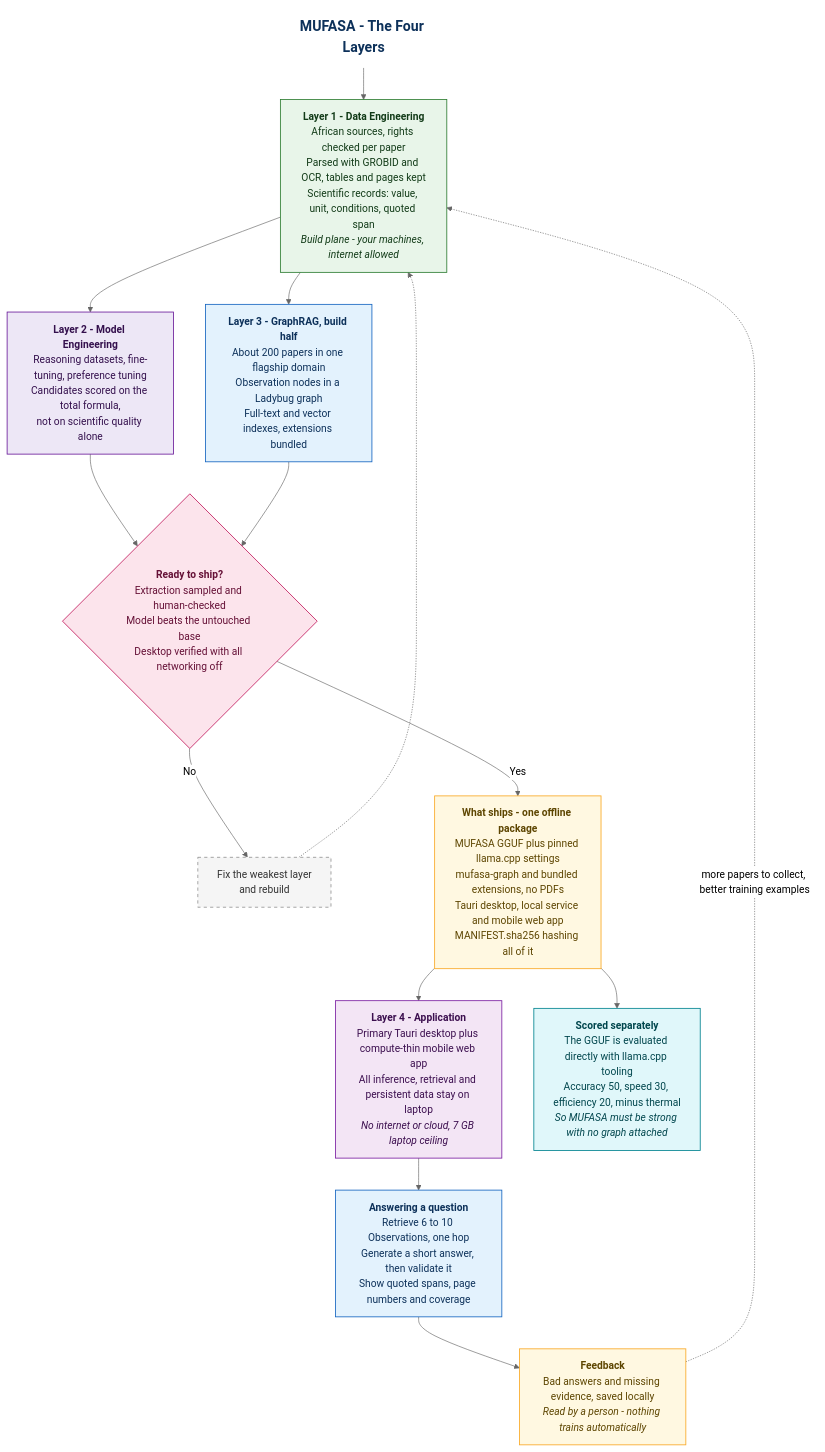
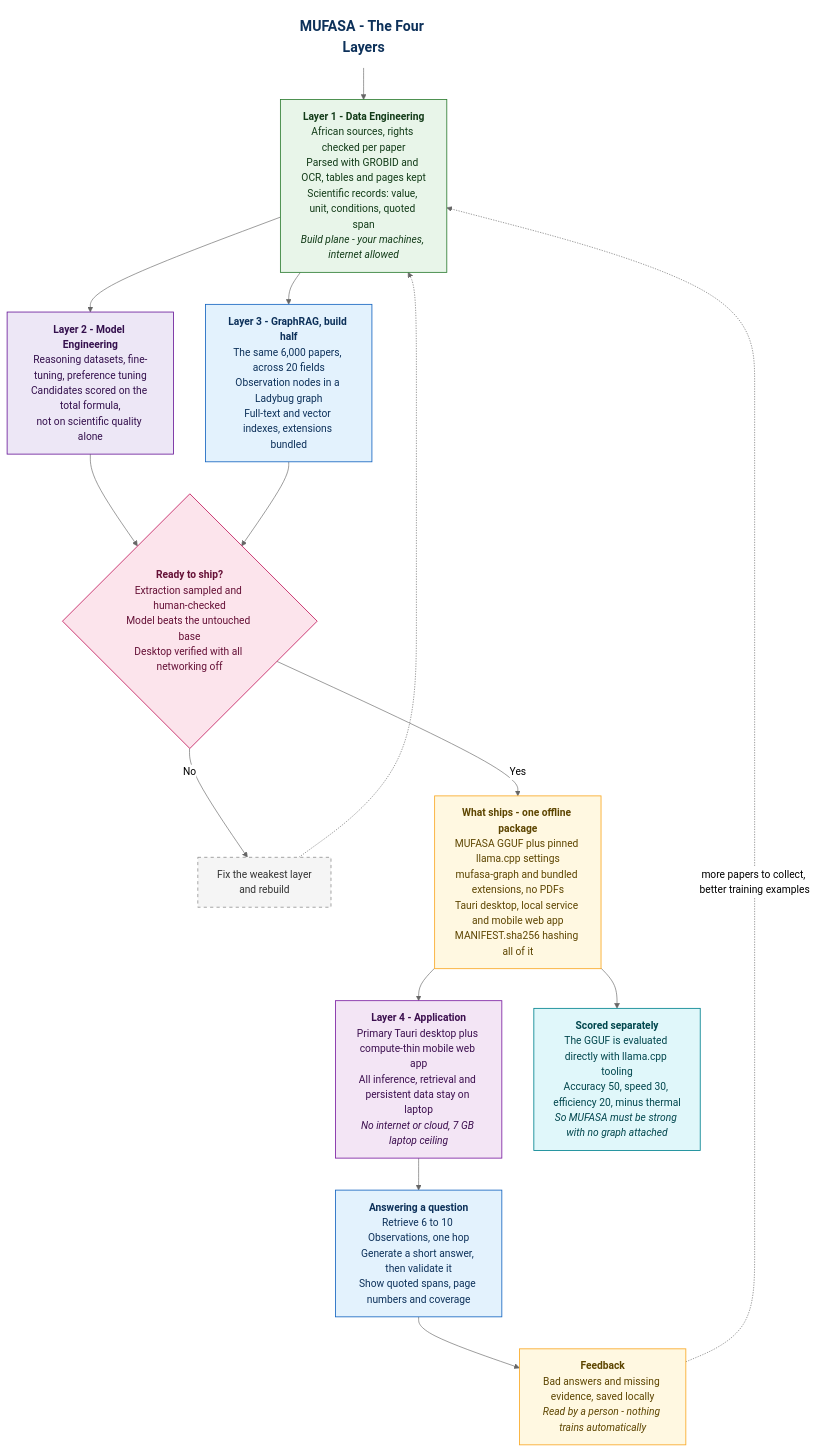
One commit to Otto-Destiny/mufasa changed the diagram in system-architecture.md. Above: the diagram before and after it, drawn with Mermaid (neutral theme). The commit also changed other lines of this file and 6 other files, not shown here.

First line of the commit message:
scale GraphRAG to the full 6,000-paper corpus and add milestone task lists

````diff
--- a/system-architecture.md
+++ b/system-architecture.md
@@ -130,44 +133,44 @@
 ```mermaid
 flowchart TB
     classDef title fill:#FFFFFF,stroke:#FFFFFF,color:#0D315A,font-size:22px,font-weight:bold;
     classDef source fill:#E8F5E9,stroke:#2E7D32,color:#123B18,stroke-width:1.3px;
     classDef process fill:#E3F2FD,stroke:#1565C0,color:#0D315A,stroke-width:1.3px;
     classDef artifact fill:#FFF8E1,stroke:#F9A825,color:#5D4500,stroke-width:1.3px;
     classDef gate fill:#FCE4EC,stroke:#C2185B,color:#651036,stroke-width:1.3px;
     classDef train fill:#EDE7F6,stroke:#6A1B9A,color:#34104D,stroke-width:1.3px;
     classDef eval fill:#E0F7FA,stroke:#00838F,color:#00464D,stroke-width:1.3px;
     classDef deploy fill:#F3E5F5,stroke:#7B1FA2,color:#3C0F4F,stroke-width:1.3px;
     classDef reject fill:#F5F5F5,stroke:#757575,color:#333,stroke-dasharray:5 5;
 
     TITLE["MUFASA - The Four Layers"]:::title
 
     L1["<b>Layer 1 - Data Engineering</b><br/>African sources, rights checked per paper<br/>Parsed with GROBID and OCR, tables and pages kept<br/>Scientific records: value, unit, conditions, quoted span<br/><i>Build plane - your machines, internet allowed</i>"]:::source
 
     L2["<b>Layer 2 - Model Engineering</b><br/>Reasoning datasets, fine-tuning, preference tuning<br/>Candidates scored on the total formula,<br/>not on scientific quality alone"]:::train
 
-    L3["<b>Layer 3 - GraphRAG, build half</b><br/>About 200 papers in one flagship domain<br/>Observation nodes in a Ladybug graph<br/>Full-text and vector indexes, extensions bundled"]:::process
+    L3["<b>Layer 3 - GraphRAG, build half</b><br/>The same 6,000 papers, across 20 fields<br/>Observation nodes in a Ladybug graph<br/>Full-text and vector indexes, extensions bundled"]:::process
 
     GATE{"<b>Ready to ship?</b><br/>Extraction sampled and human-checked<br/>Model beats the untouched base<br/>Desktop verified with all networking off"}:::gate
 
     REDO["Fix the weakest layer<br/>and rebuild"]:::reject
 
     SHIP["<b>What ships - one offline package</b><br/>MUFASA GGUF plus pinned llama.cpp settings<br/>mufasa-graph and bundled extensions, no PDFs<br/>Tauri desktop, local service and mobile web app<br/>MANIFEST.sha256 hashing all of it"]:::artifact
 
     L4["<b>Layer 4 - Application</b><br/>Primary Tauri desktop plus compute-thin mobile web app<br/>All inference, retrieval and persistent data stay on laptop<br/><i>No internet or cloud, 7 GB laptop ceiling</i>"]:::deploy
 
     RUN["<b>Answering a question</b><br/>Retrieve 6 to 10 Observations, one hop<br/>Generate a short answer, then validate it<br/>Show quoted spans, page numbers and coverage"]:::process
 
     JUDGE["<b>Scored separately</b><br/>The GGUF is evaluated directly with llama.cpp tooling<br/>Accuracy 50, speed 30, efficiency 20, minus thermal<br/><i>So MUFASA must be strong with no graph attached</i>"]:::eval
 
     FEED["<b>Feedback</b><br/>Bad answers and missing evidence, saved locally<br/><i>Read by a person - nothing trains automatically</i>"]:::artifact
 
     TITLE --> L1
     L1 --> L2 --> GATE
     L1 --> L3 --> GATE
     GATE -- "Yes" --> SHIP
     GATE -- "No" --> REDO
     REDO -.-> L1
     SHIP --> L4 --> RUN --> FEED
     SHIP --> JUDGE
     FEED -. "more papers to collect, better training examples" .-> L1
 ```
````
